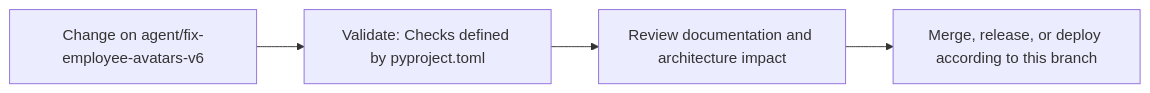
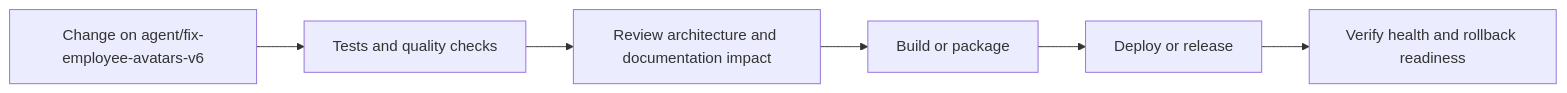
The seventh of 8 diagrams in README.md (Nischhalsubba/HajiriFlow), drawn with Mermaid before and after one commit. The commit also changed other lines of this file, not shown here.

````diff
--- a/README.md
+++ b/README.md
@@ -67,8 +190,8 @@
 ```mermaid
 flowchart LR
-    CHANGE["Change on agent/fix-employee-avatars-v6"]
-    CHECK["Validate: Checks defined by pyproject.toml"]
-    REVIEW["Review documentation and architecture impact"]
-    RELEASE["Merge, release, or deploy according to this branch"]
-    CHANGE --> CHECK --> REVIEW --> RELEASE
+    CHANGE["Change on agent/fix-employee-avatars-v6"] --> CHECK["Tests and quality checks"]
+    CHECK --> REVIEW["Review architecture and documentation impact"]
+    REVIEW --> BUILD["Build or package"]
+    BUILD --> DEPLOY["Deploy or release"]
+    DEPLOY --> VERIFY["Verify health and rollback readiness"]
 ```
````
